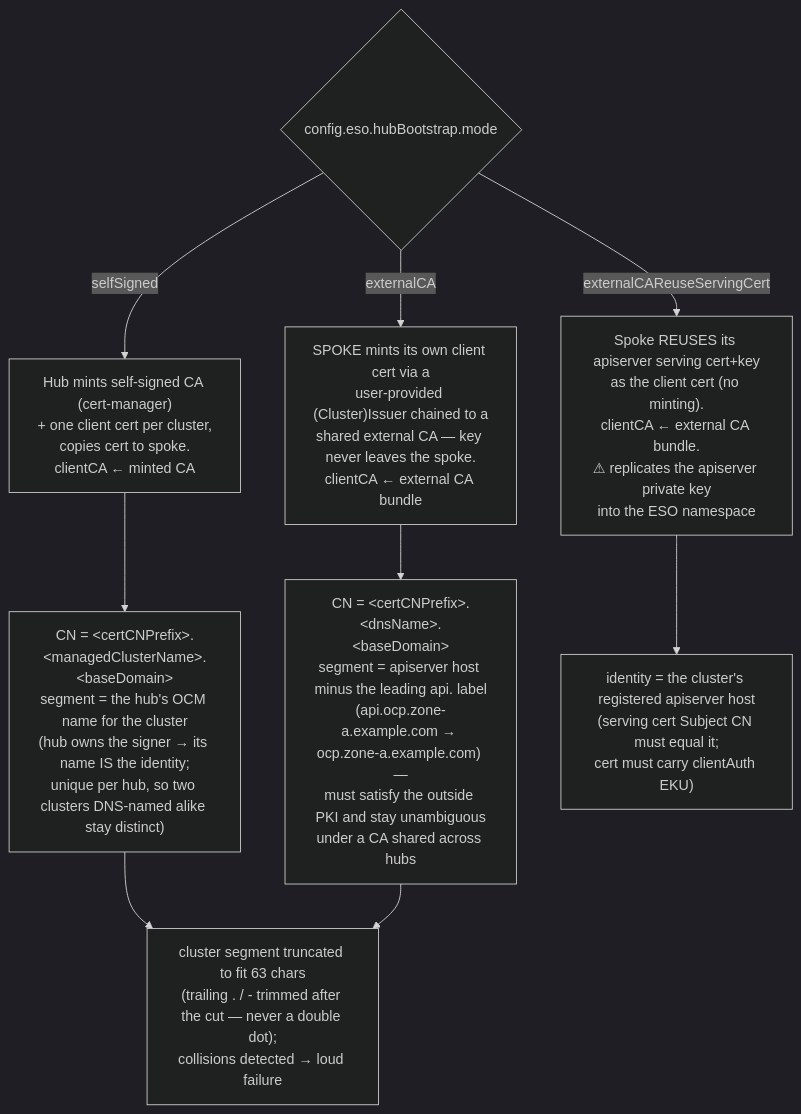
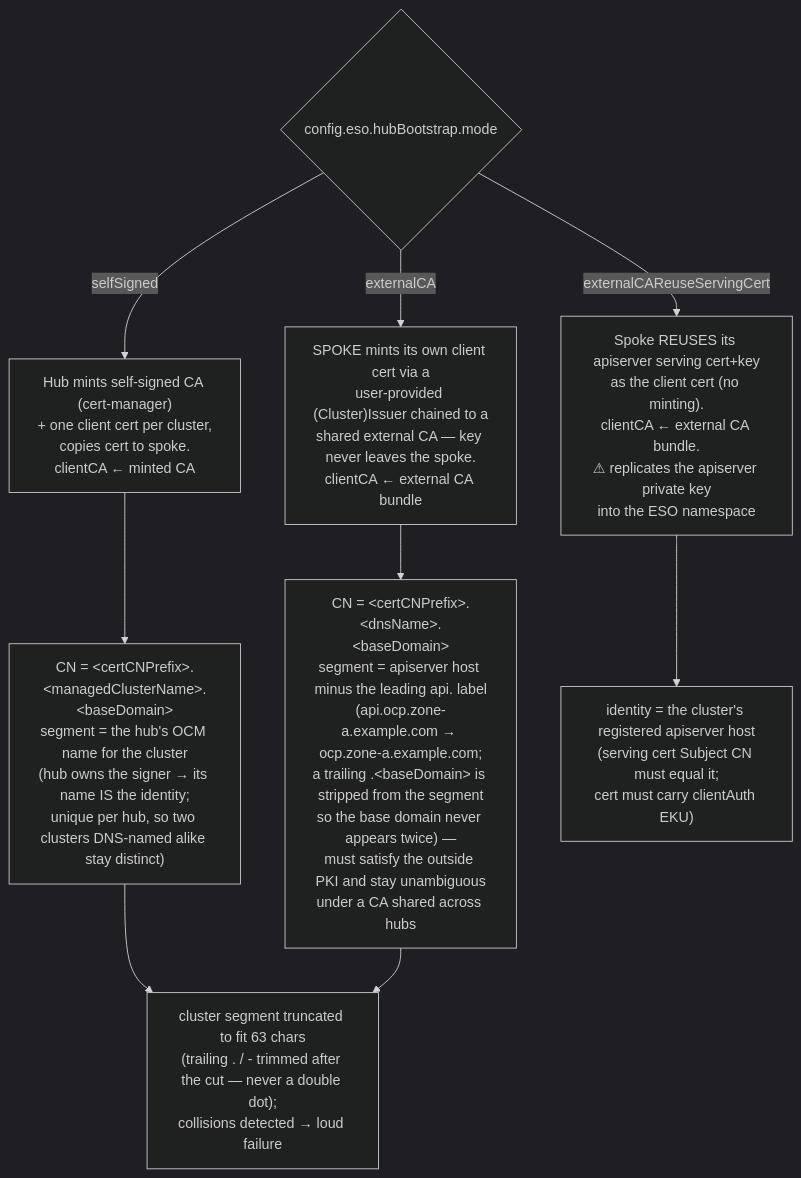
The third of 6 diagrams in policies/stable/external-secrets-operator/mechanics.md (auto-shift/autoshiftv2), drawn with Mermaid (dark theme) before and after one commit. The commit also changed other lines of this file and 6 other files, not shown here.

````diff
--- a/policies/stable/external-secrets-operator/mechanics.md
+++ b/policies/stable/external-secrets-operator/mechanics.md
@@ -172,12 +172,12 @@
 ```mermaid
 flowchart TB
   M{"config.eso.hubBootstrap.mode"}
   M -->|selfSigned| S["Hub mints self-signed CA (cert-manager)<br/>+ one client cert per cluster,<br/>copies cert to spoke.<br/>clientCA ← minted CA"]
   M -->|externalCA| E["SPOKE mints its own client cert via a<br/>user-provided (Cluster)Issuer chained to a<br/>shared external CA — key never leaves the spoke.<br/>clientCA ← external CA bundle"]
   M -->|externalCAReuseServingCert| R["Spoke REUSES its apiserver serving cert+key<br/>as the client cert (no minting).<br/>clientCA ← external CA bundle.<br/>⚠ replicates the apiserver private key<br/>into the ESO namespace"]
   S --> CNS["CN = &lt;certCNPrefix&gt;.&lt;managedClusterName&gt;.&lt;baseDomain&gt;<br/>segment = the hub's OCM name for the cluster<br/>(hub owns the signer → its name IS the identity;<br/>unique per hub, so two clusters DNS-named alike stay distinct)"]
-  E --> CNE["CN = &lt;certCNPrefix&gt;.&lt;dnsName&gt;.&lt;baseDomain&gt;<br/>segment = apiserver host minus the leading api. label<br/>(api.ocp.zone-a.example.com → ocp.zone-a.example.com) —<br/>must satisfy the outside PKI and stay unambiguous<br/>under a CA shared across hubs"]
+  E --> CNE["CN = &lt;certCNPrefix&gt;.&lt;dnsName&gt;.&lt;baseDomain&gt;<br/>segment = apiserver host minus the leading api. label<br/>(api.ocp.zone-a.example.com → ocp.zone-a.example.com;<br/>a trailing .&lt;baseDomain&gt; is stripped from the segment<br/>so the base domain never appears twice) —<br/>must satisfy the outside PKI and stay unambiguous<br/>under a CA shared across hubs"]
   CNS --> TR["cluster segment truncated to fit 63 chars<br/>(trailing . / - trimmed after the cut — never a double dot);<br/>collisions detected → loud failure"]
   CNE --> TR
   R --> ID["identity = the cluster's registered apiserver host<br/>(serving cert Subject CN must equal it;<br/>cert must carry clientAuth EKU)"]
 ```
````
